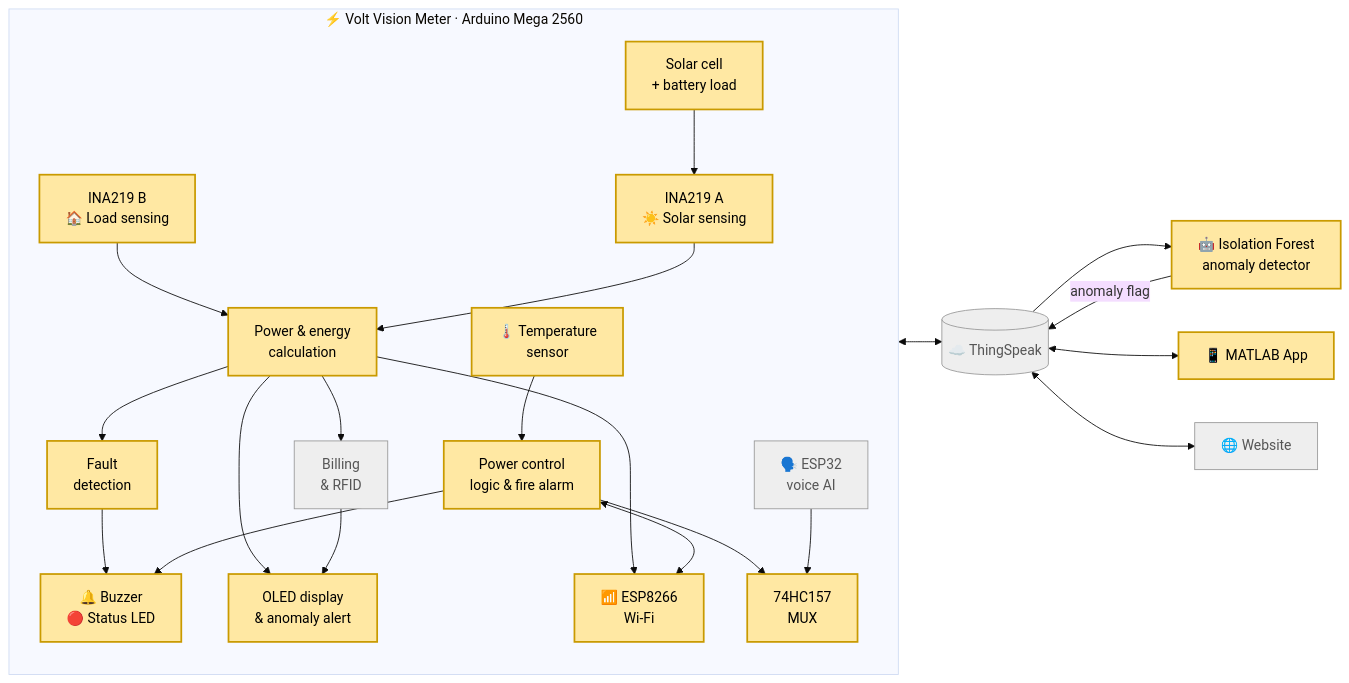
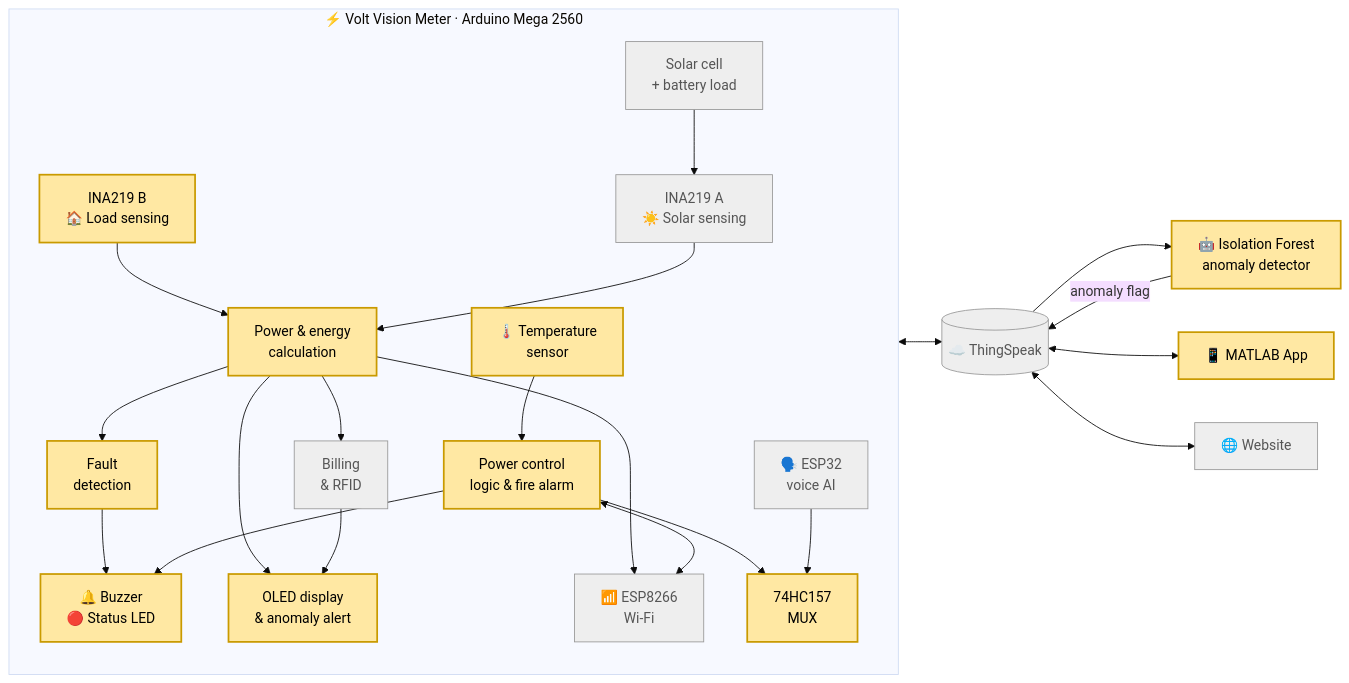
One commit to sarkeraumio/Smart-Electricity-Meter changed the first of 5 diagrams in README.md. Above: the diagram before and after it, drawn with Mermaid (base theme).

````diff
--- a/README.md
+++ b/README.md
@@ -76,41 +76,41 @@
 ```mermaid
 flowchart LR
     subgraph METER["⚡ Volt Vision Meter · Arduino Mega 2560"]
         direction TB
         INAB["INA219 B<br/>🏠 Load sensing"]:::aumio
-        INAA["INA219 A<br/>☀️ Solar sensing"]:::aumio
-        SOLAR["Solar cell<br/>+ battery load"]:::aumio --> INAA
+        INAA["INA219 A<br/>☀️ Solar sensing"]:::team
+        SOLAR["Solar cell<br/>+ battery load"]:::team --> INAA
         MON["Power & energy<br/>calculation"]:::aumio
         FAULT["Fault<br/>detection"]:::aumio
         OLED["OLED display<br/>& anomaly alert"]:::aumio
         BILL["Billing<br/>& RFID"]:::team
         TEMP["🌡️ Temperature<br/>sensor"]:::aumio
         CTRL["Power control<br/>logic & fire alarm"]:::aumio
-        WIFI["📶 ESP8266<br/>Wi-Fi"]:::aumio
+        WIFI["📶 ESP8266<br/>Wi-Fi"]:::team
         MUX["74HC157<br/>MUX"]:::aumio
         VOICE["🗣️ ESP32<br/>voice AI"]:::team
         ALERT["🔔 Buzzer<br/>🔴 Status LED"]:::aumio
 
         INAB --> MON
         INAA --> MON
         MON --> FAULT --> ALERT
         MON --> OLED
         MON --> BILL --> OLED
         TEMP --> CTRL --> ALERT
         MON --> WIFI
         CTRL <--> WIFI
         CTRL --> MUX
         VOICE --> MUX
     end
 
     WIFI <--> TS[("☁️ ThingSpeak")]:::team
     TS --> ML["🤖 Isolation Forest<br/>anomaly detector"]:::aumio
     ML -- anomaly flag --> TS
     TS <--> APP["📱 MATLAB App"]:::aumio
     TS <--> WEB["🌐 Website"]:::team
 
     classDef aumio fill:#FFE8A3,stroke:#C99A00,stroke-width:2px,color:#000
     classDef johnny fill:#BFE8CF,stroke:#2E8B57,stroke-width:2px,color:#000
     classDef shared fill:#E3F0C0,stroke:#7A9A2E,stroke-width:2px,color:#000
     classDef team fill:#EEEEEE,stroke:#999,color:#555
 ```
````
